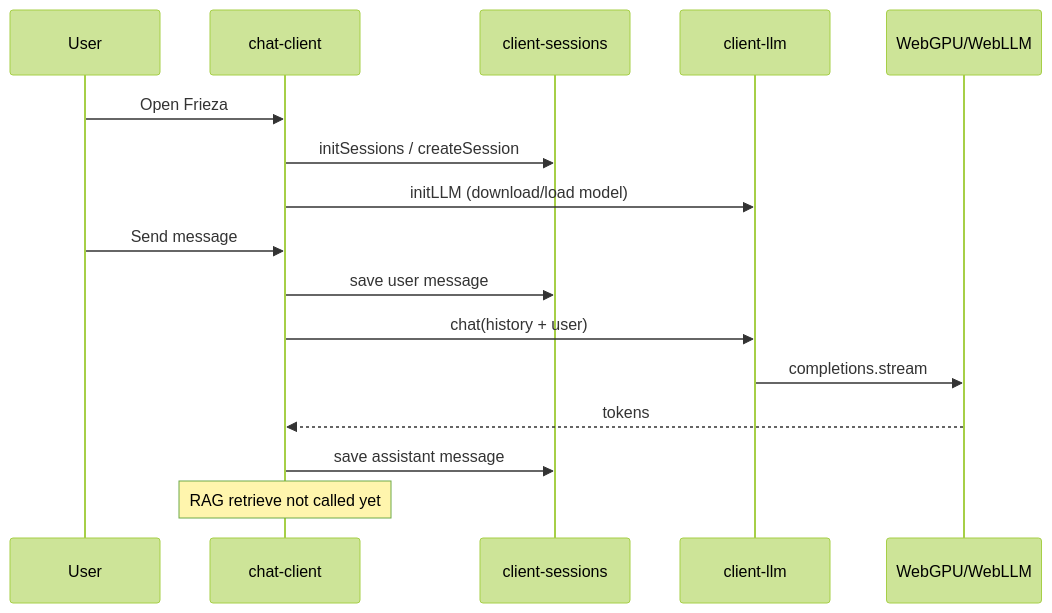
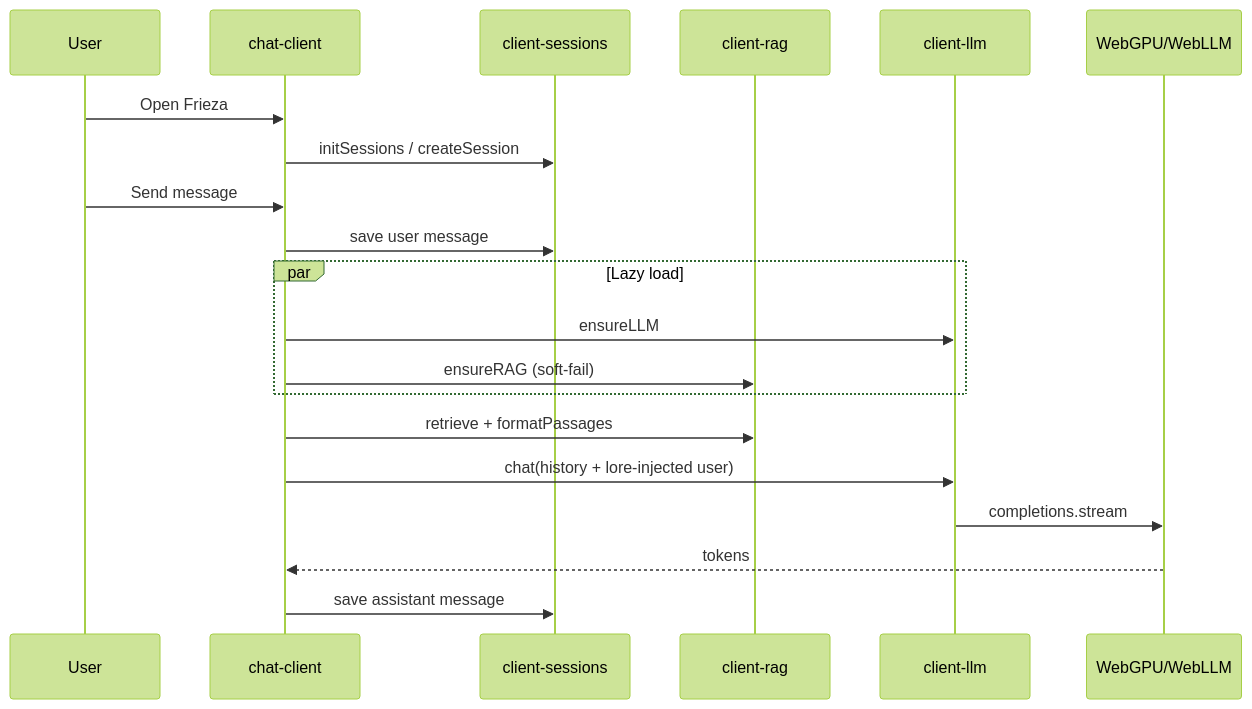
The diagram in ARCHITECTURE.md (miergo/dragonball-z-chat), drawn with Mermaid (forest theme) before and after one commit. The commit also changed other lines of this file and 4 other files, not shown here.

First line of the commit message:
Wire client RAG into live send with soft-fail.

````diff
--- a/ARCHITECTURE.md
+++ b/ARCHITECTURE.md
@@ -139,19 +143,23 @@
 ```mermaid
 sequenceDiagram
   participant U as User
   participant UI as chat-client
   participant S as client-sessions
+  participant R as client-rag
   participant L as client-llm
   participant GPU as WebGPU/WebLLM
 
   U->>UI: Open Frieza
   UI->>S: initSessions / createSession
-  UI->>L: initLLM (download/load model)
   U->>UI: Send message
   UI->>S: save user message
-  UI->>L: chat(history + user)
+  par Lazy load
+    UI->>L: ensureLLM
+    UI->>R: ensureRAG (soft-fail)
+  end
+  UI->>R: retrieve + formatPassages
+  UI->>L: chat(history + lore-injected user)
   L->>GPU: completions.stream
   GPU-->>UI: tokens
   UI->>S: save assistant message
-  Note over UI: RAG retrieve not called yet
 ```
````
